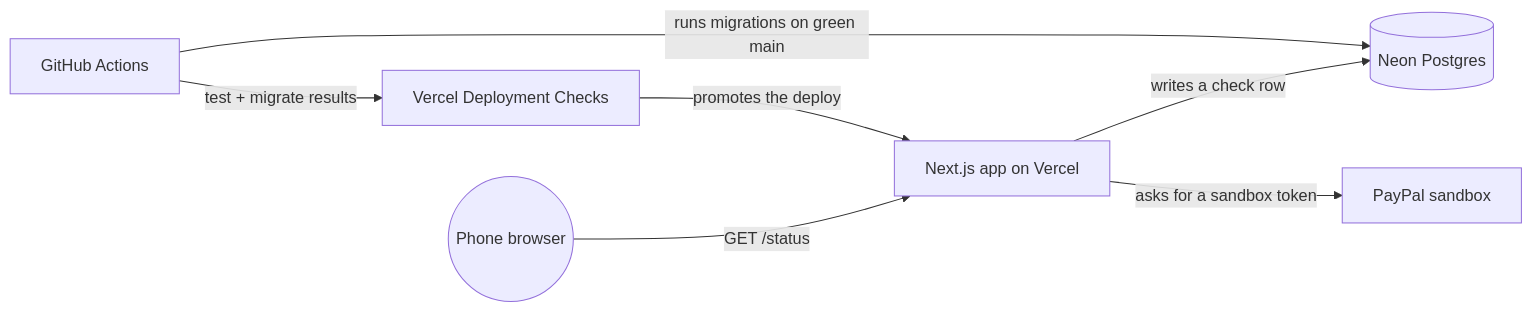
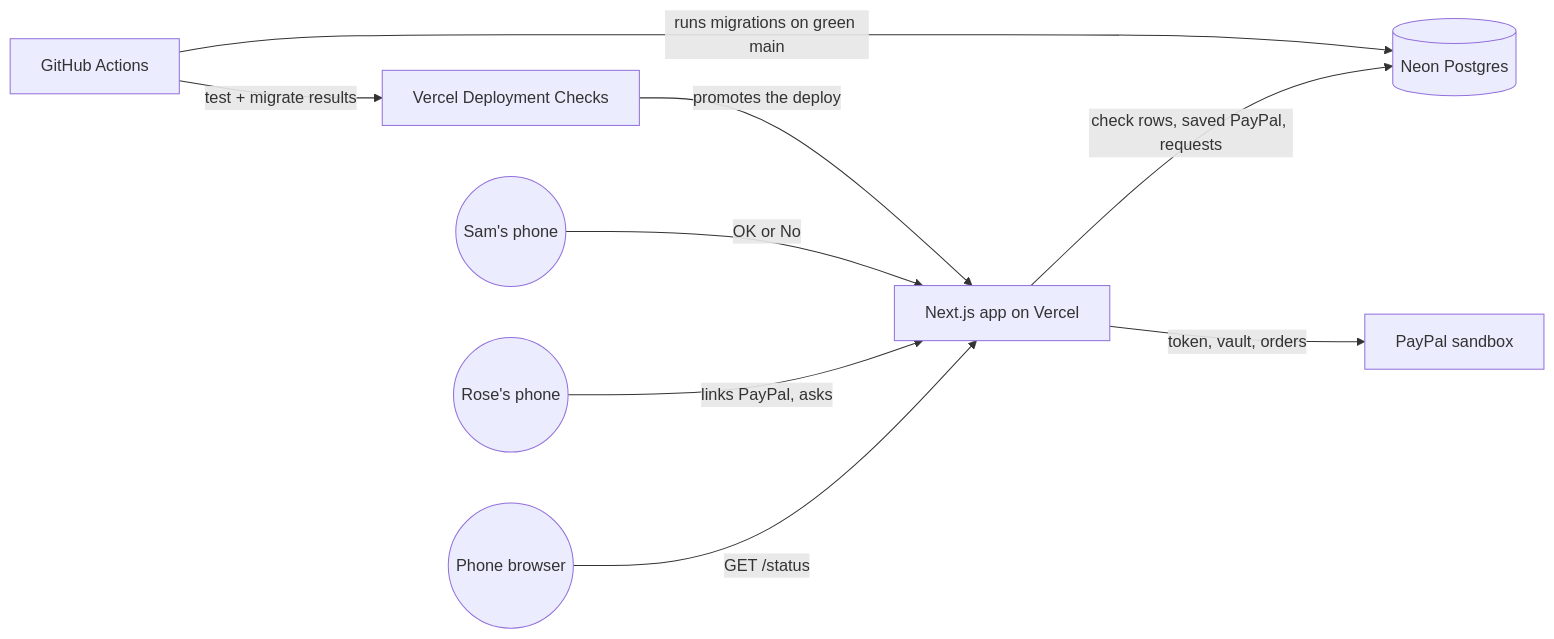
Before and after one commit to dzaffren/kincart: the first of 2 diagrams in docs/ARCHITECTURE.md, drawn with Mermaid. The commit also changed other lines of this file and 65 other files, not shown here.

First line of the commit message:
feat(shop): approve and pay from Rose's saved PayPal

````diff
--- a/docs/ARCHITECTURE.md
+++ b/docs/ARCHITECTURE.md
@@ -7,9 +7,11 @@
 ```mermaid
 flowchart LR
     U((Phone browser)) -- "GET /status" --> APP[Next.js app on Vercel]
-    APP -- "writes a check row" --> NEON[(Neon Postgres)]
-    APP -- "asks for a sandbox token" --> PP[PayPal sandbox]
+    R((Rose's phone)) -- "links PayPal, asks" --> APP
+    S((Sam's phone)) -- "OK or No" --> APP
+    APP -- "check rows, saved PayPal, requests" --> NEON[(Neon Postgres)]
+    APP -- "token, vault, orders" --> PP[PayPal sandbox]
     GH[GitHub Actions] -- "runs migrations on green main" --> NEON
     GH -- "test + migrate results" --> VC[Vercel Deployment Checks]
     VC -- "promotes the deploy" --> APP
 ```
````
